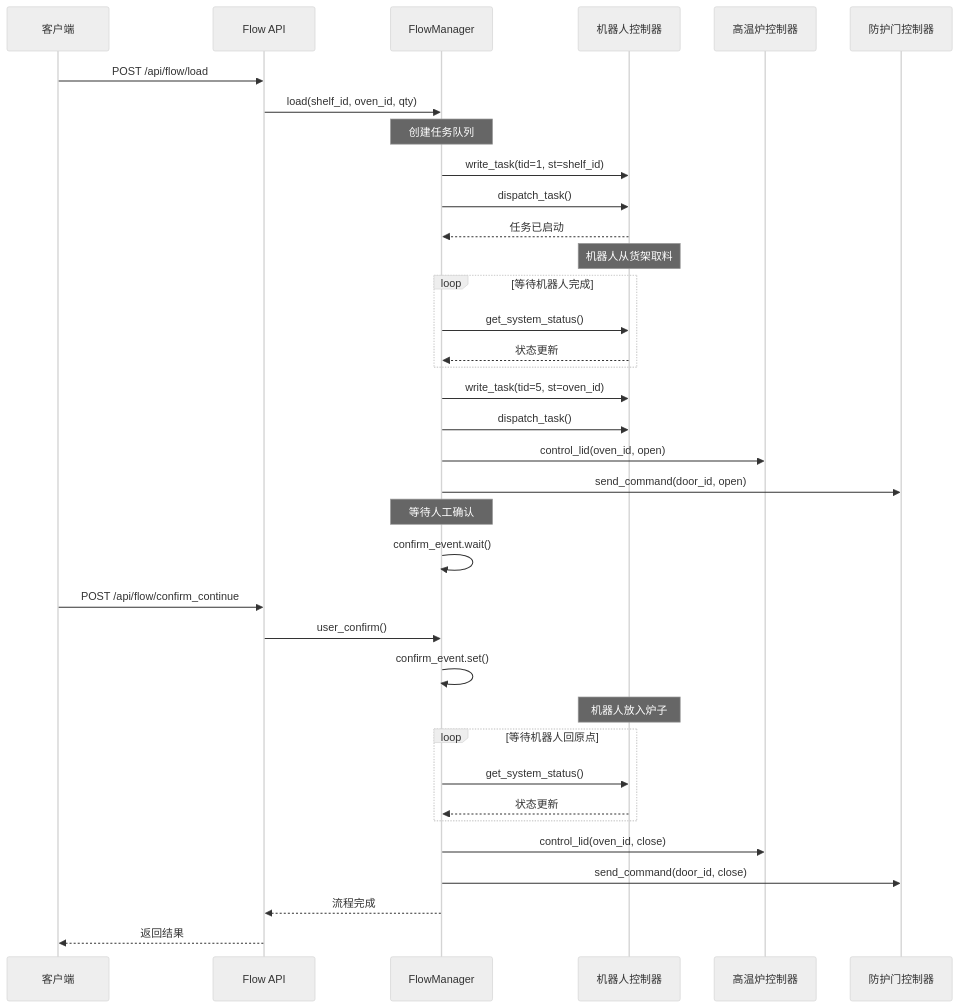
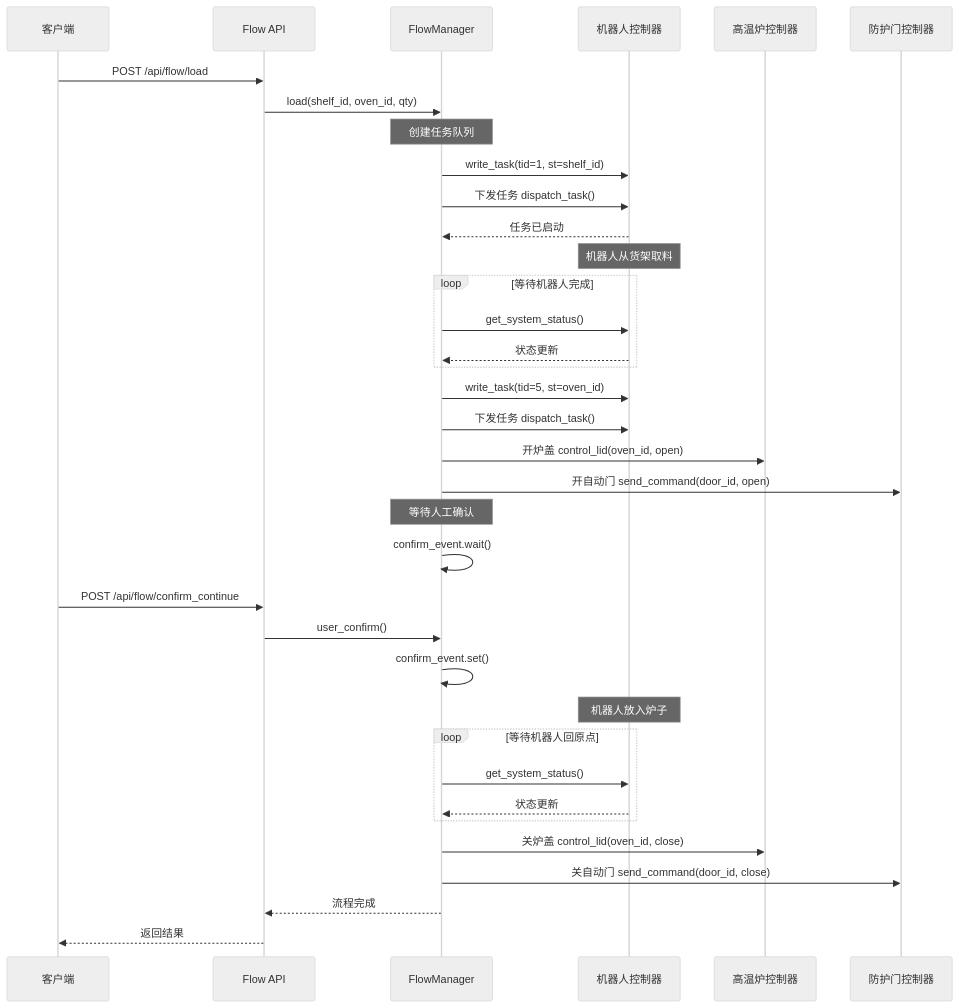
Before and after one commit to nipeone/ai4device: the fourth of 9 diagrams in docs/系统架构流程图.md, drawn with Mermaid (neutral theme). The commit also changed other lines of this file and 5 other files, not shown here.

Commit message:
新增xrd的配置文件，更新架构图

````diff
--- a/docs/系统架构流程图.md
+++ b/docs/系统架构流程图.md
@@ -255,51 +255,51 @@
 ```mermaid
 sequenceDiagram
     participant Client as 客户端
     participant API as Flow API
     participant FM as FlowManager
     participant Robot as 机器人控制器
     participant Oven as 高温炉控制器
     participant Door as 防护门控制器
     
     Client->>API: POST /api/flow/load
     API->>FM: load(shelf_id, oven_id, qty)
     
     Note over FM: 创建任务队列
     
     FM->>Robot: write_task(tid=1, st=shelf_id)
-    FM->>Robot: dispatch_task()
+    FM->>Robot: 下发任务 dispatch_task()
     Robot-->>FM: 任务已启动
     
     Note over Robot: 机器人从货架取料
     
     loop 等待机器人完成
         FM->>Robot: get_system_status()
         Robot-->>FM: 状态更新
     end
     
     FM->>Robot: write_task(tid=5, st=oven_id)
-    FM->>Robot: dispatch_task()
+    FM->>Robot: 下发任务 dispatch_task()
     
-    FM->>Oven: control_lid(oven_id, open)
-    FM->>Door: send_command(door_id, open)
+    FM->>Oven: 开炉盖 control_lid(oven_id, open)
+    FM->>Door: 开自动门 send_command(door_id, open)
     
     Note over FM: 等待人工确认
     FM->>FM: confirm_event.wait()
     
     Client->>API: POST /api/flow/confirm_continue
     API->>FM: user_confirm()
     FM->>FM: confirm_event.set()
     
     Note over Robot: 机器人放入炉子
     
     loop 等待机器人回原点
         FM->>Robot: get_system_status()
         Robot-->>FM: 状态更新
     end
     
-    FM->>Oven: control_lid(oven_id, close)
-    FM->>Door: send_command(door_id, close)
+    FM->>Oven: 关炉盖 control_lid(oven_id, close)
+    FM->>Door: 关自动门 send_command(door_id, close)
     
     FM-->>API: 流程完成
     API-->>Client: 返回结果
 ```
````
